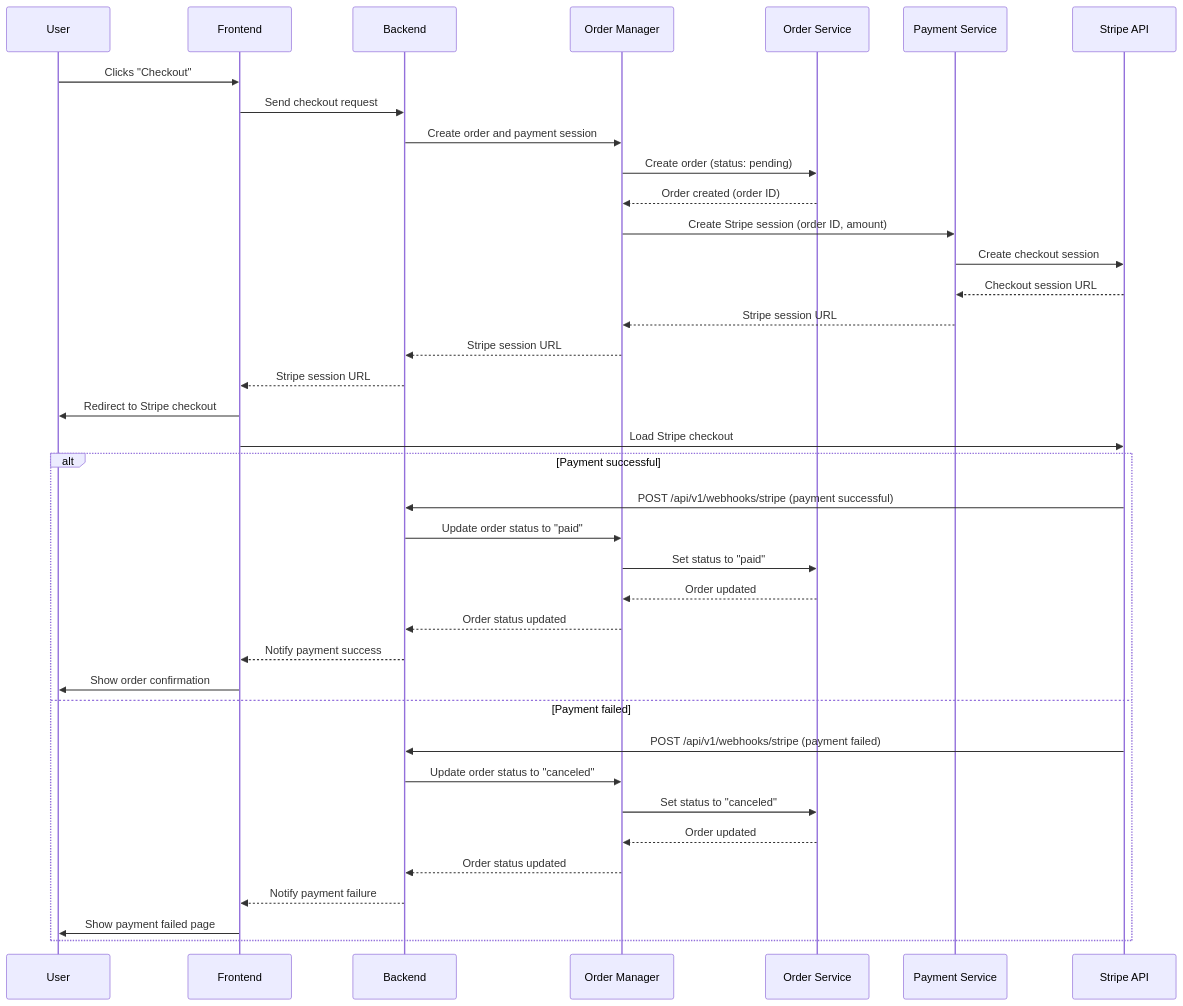
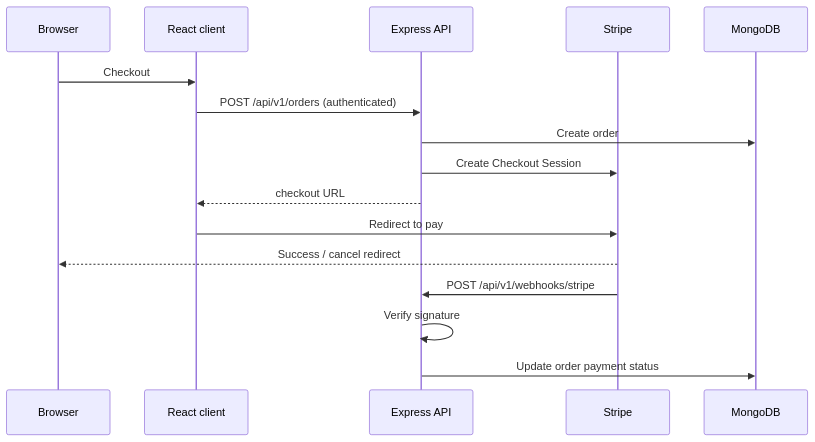
The second of 2 diagrams in README.md (moh-sa/proShop), drawn with Mermaid before and after one commit. The commit also changed other lines of this file and 8 other files, not shown here.

````diff
--- a/README.md
+++ b/README.md
@@ -21,42 +94,19 @@
 ```mermaid
 sequenceDiagram
-    participant User
-    participant Frontend as Frontend
-    participant Backend as Backend
-    participant Order_Manager as Order Manager
-    participant Order_Service as Order Service
-    participant Payment_Service as Payment Service
-    participant Stripe_API as Stripe API
+  participant Browser
+  participant Client as React client
+  participant API as Express API
+  participant Stripe as Stripe
+  participant DB as MongoDB
 
-    User->>Frontend: Clicks "Checkout"
-    Frontend->>Backend: Send checkout request
-    Backend->>Order_Manager: Create order and payment session
-    Order_Manager->>Order_Service: Create order (status: pending)
-    Order_Service-->>Order_Manager: Order created (order ID)
-    Order_Manager->>Payment_Service: Create Stripe session (order ID, amount)
-    Payment_Service->>Stripe_API: Create checkout session
-    Stripe_API-->>Payment_Service: Checkout session URL
-    Payment_Service-->>Order_Manager: Stripe session URL
-    Order_Manager-->>Backend: Stripe session URL
-    Backend-->>Frontend: Stripe session URL
-    Frontend->>User: Redirect to Stripe checkout
-    Frontend->>Stripe_API: Load Stripe checkout
-
-    alt Payment successful
-        Stripe_API->>Backend: POST /api/v1/webhooks/stripe (payment successful)
-        Backend->>Order_Manager: Update order status to "paid"
-        Order_Manager->>Order_Service: Set status to "paid"
-        Order_Service-->>Order_Manager: Order updated
-        Order_Manager-->>Backend: Order status updated
-        Backend-->>Frontend: Notify payment success
-        Frontend->>User: Show order confirmation
-    else Payment failed
-        Stripe_API->>Backend: POST /api/v1/webhooks/stripe (payment failed)
-        Backend->>Order_Manager: Update order status to "canceled"
-        Order_Manager->>Order_Service: Set status to "canceled"
-        Order_Service-->>Order_Manager: Order updated
-        Order_Manager-->>Backend: Order status updated
-        Backend-->>Frontend: Notify payment failure
-        Frontend->>User: Show payment failed page
-    end
+  Browser->>Client: Checkout
+  Client->>API: POST /api/v1/orders (authenticated)
+  API->>DB: Create order
+  API->>Stripe: Create Checkout Session
+  API-->>Client: checkout URL
+  Client->>Stripe: Redirect to pay
+  Stripe-->>Browser: Success / cancel redirect
+  Stripe->>API: POST /api/v1/webhooks/stripe
+  API->>API: Verify signature
+  API->>DB: Update order payment status
 ```
````
